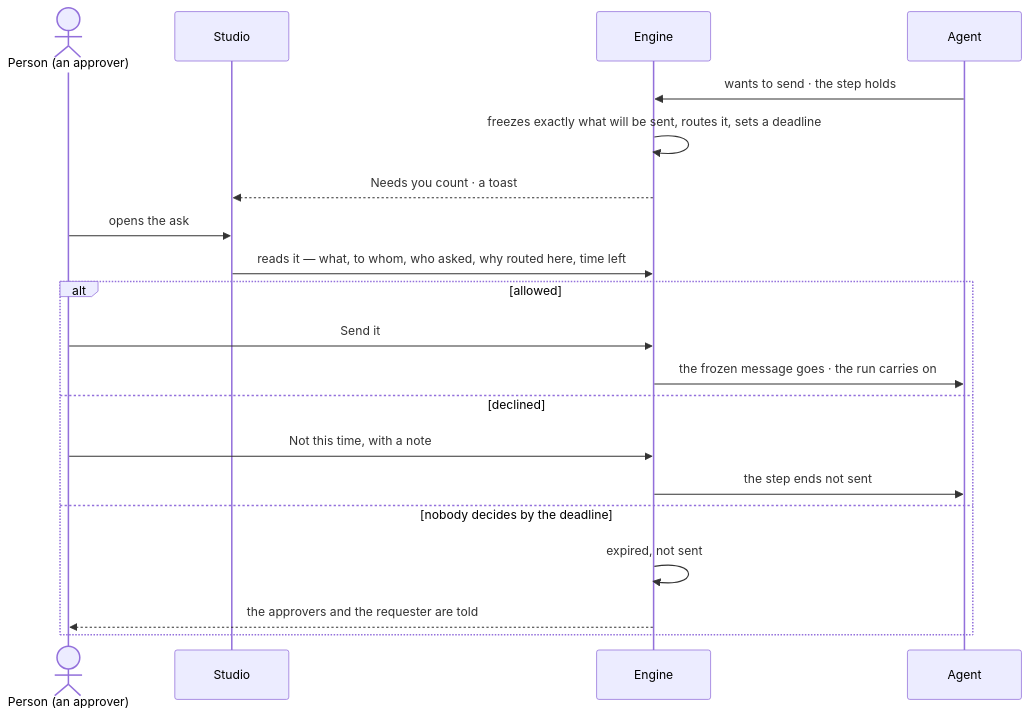
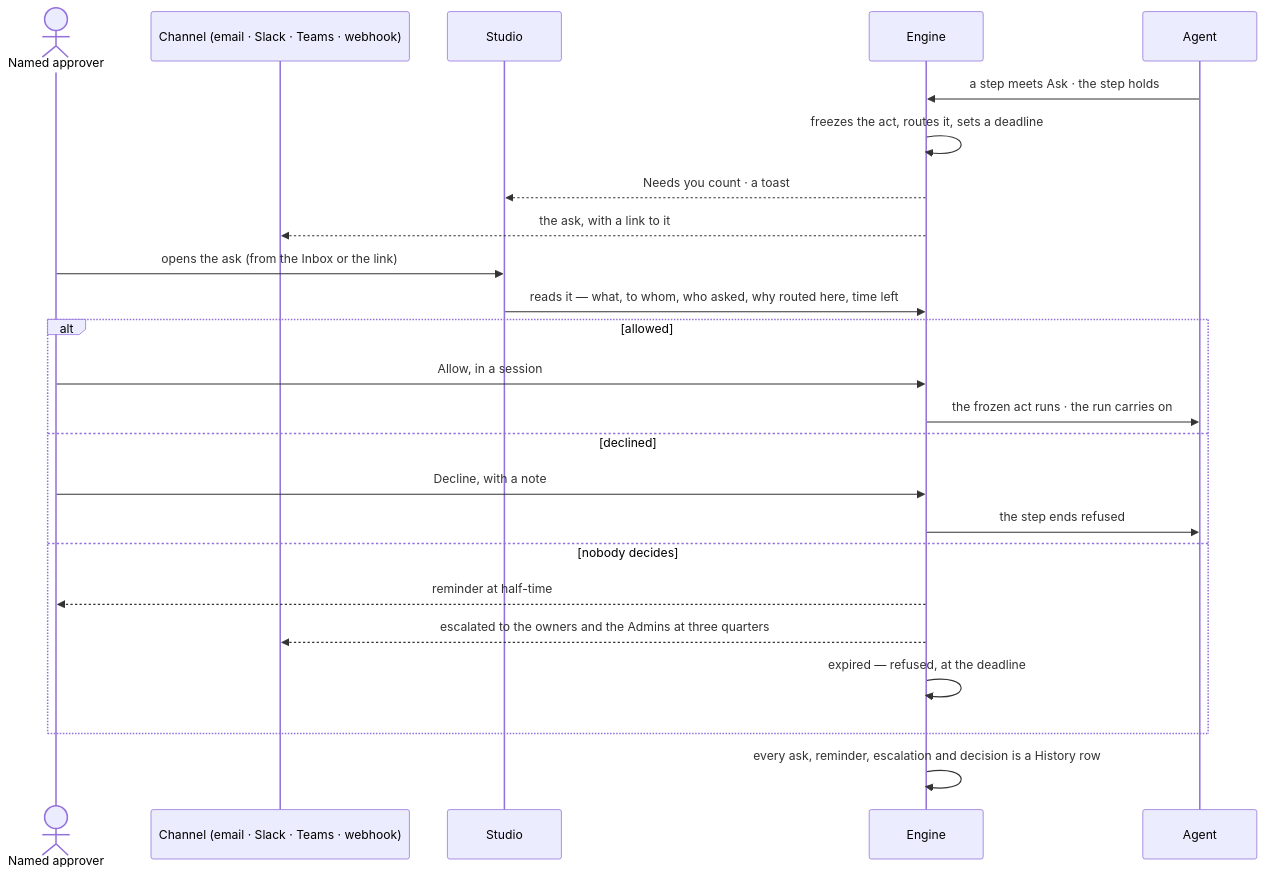
Before and after one commit to invana/invana: the second of 2 diagrams in specs/os/access/features/AC-F05-asks-and-approvals/feature.md, drawn with Mermaid. The commit also changed other lines of this file and 522 other files, not shown here.

````diff
--- a/specs/os/access/features/AC-F05-asks-and-approvals/feature.md
+++ b/specs/os/access/features/AC-F05-asks-and-approvals/feature.md
@@ -38,22 +43,26 @@
 ```mermaid
 sequenceDiagram
-  actor P as Person (an approver)
+  actor P as Named approver
+  participant C as Channel (email · Slack · Teams · webhook)
   participant S as Studio
   participant E as Engine
   participant A as Agent
-  A->>E: wants to send · the step holds
-  E->>E: freezes exactly what will be sent, routes it, sets a deadline
+  A->>E: a step meets Ask · the step holds
+  E->>E: freezes the act, routes it, sets a deadline
   E-->>S: Needs you count · a toast
-  P->>S: opens the ask
+  E-->>C: the ask, with a link to it
+  P->>S: opens the ask (from the Inbox or the link)
   S->>E: reads it — what, to whom, who asked, why routed here, time left
   alt allowed
-    P->>E: Send it
-    E->>A: the frozen message goes · the run carries on
+    P->>E: Allow, in a session
+    E->>A: the frozen act runs · the run carries on
   else declined
-    P->>E: Not this time, with a note
-    E->>A: the step ends not sent
-  else nobody decides by the deadline
-    E->>E: expired, not sent
-    E-->>P: the approvers and the requester are told
+    P->>E: Decline, with a note
+    E->>A: the step ends refused
+  else nobody decides
+    E-->>P: reminder at half-time
+    E-->>C: escalated to the owners and the Admins at three quarters
+    E->>E: expired — refused, at the deadline
   end
+  E->>E: every ask, reminder, escalation and decision is a History row
 ```
````
